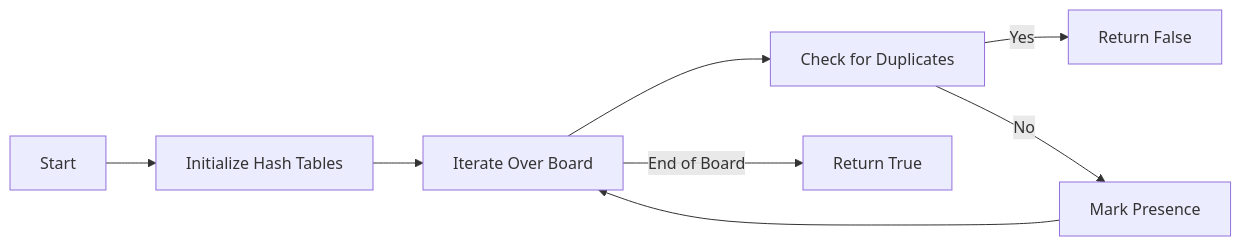
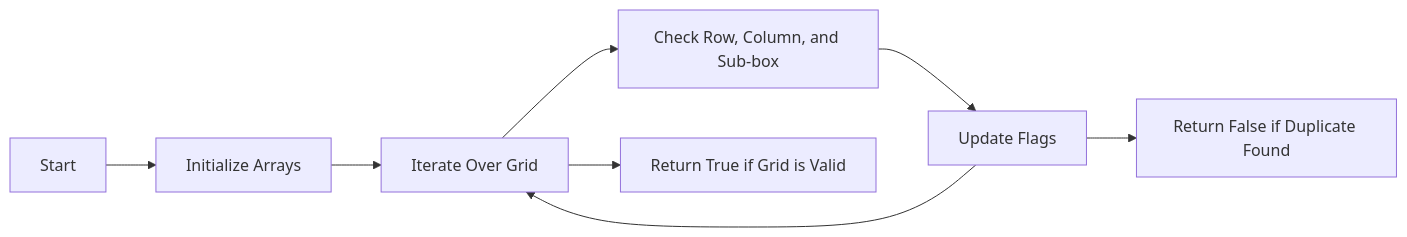
Before and after one commit to Subashree-selvaraj/DSA_SOLUTIONS: the diagram in AMAZON/36. Valid Sudoku/README.md, drawn with Mermaid. The commit also changed other lines of this file, not shown here.

Commit message:
Docs: Added Problem Description and AI Explanation for 36. Valid Sudoku - Leet2Hub

````diff
--- a/AMAZON/36. Valid Sudoku/README.md
+++ b/AMAZON/36. Valid Sudoku/README.md
@@ -69,10 +69,10 @@
 ```mermaid
 graph LR
-    A[Start] --> B[Initialize Hash Tables]
-    B --> C[Iterate Over Board]
-    C --> D[Check for Duplicates]
-    D -->|Yes| E[Return False]
-    D -->|No| F[Mark Presence]
-    F --> C
-    C -->|End of Board| G[Return True]
+    A[Start] --> B[Initialize Arrays]
+    B --> C[Iterate Over Grid]
+    C --> D[Check Row, Column, and Sub-box]
+    D --> E[Update Flags]
+    E --> F[Return False if Duplicate Found]
+    E --> C
+    C --> G[Return True if Grid is Valid]
 ```
````
